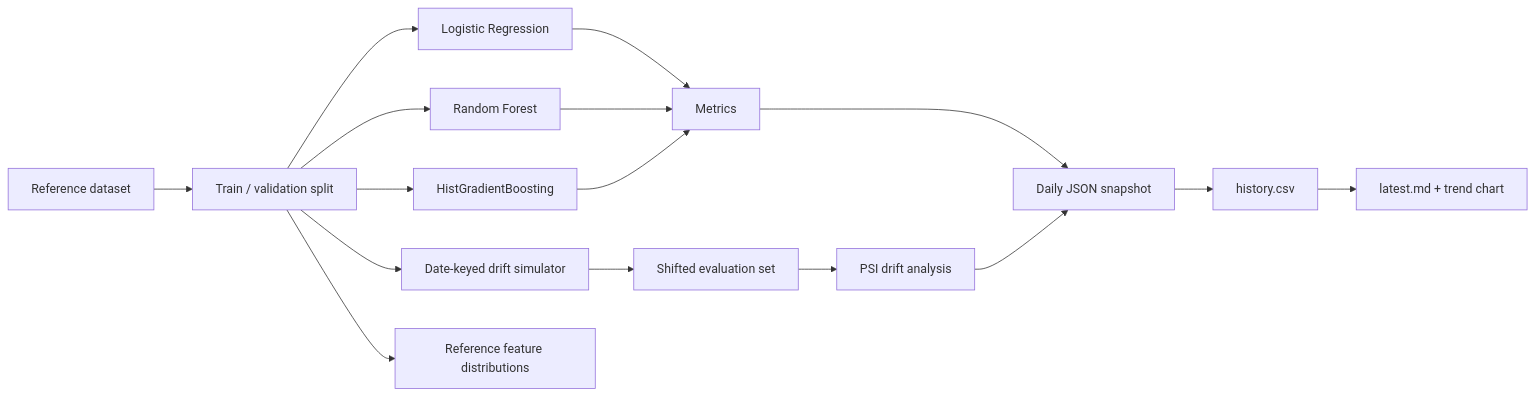
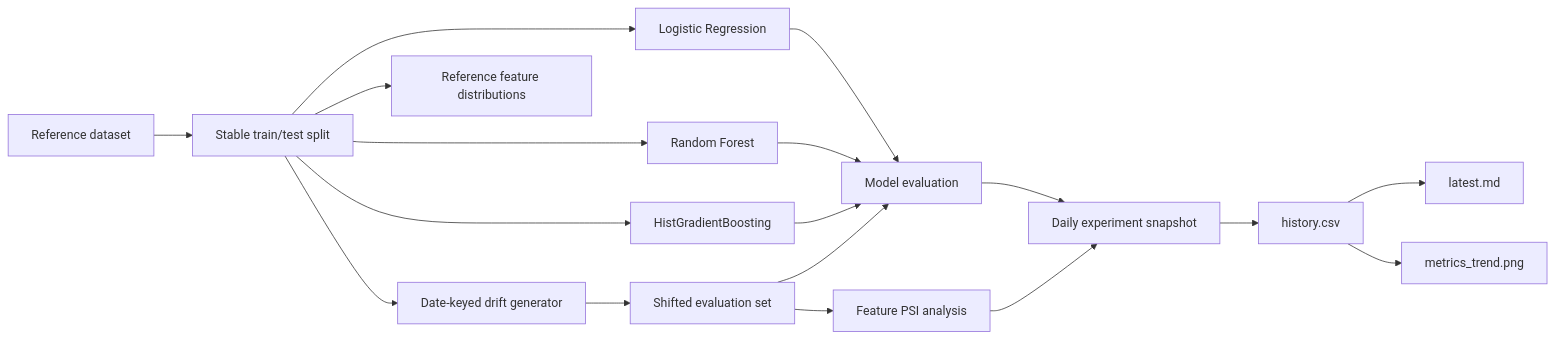
The diagram in README.md (Shobhit9985/driftwatch-ml), drawn with Mermaid before and after one commit. The commit also changed other lines of this file, not shown here.

````diff
--- a/README.md
+++ b/README.md
@@ -23,18 +76,25 @@
 ```mermaid
 flowchart LR
-    A[Reference dataset] --> B[Train / validation split]
+    A[Reference dataset] --> B[Stable train/test split]
     B --> C1[Logistic Regression]
     B --> C2[Random Forest]
     B --> C3[HistGradientBoosting]
-    B --> D[Date-keyed drift simulator]
+
+    B --> D[Date-keyed drift generator]
     D --> E[Shifted evaluation set]
-    C1 --> F[Metrics]
+
+    C1 --> F[Model evaluation]
     C2 --> F
     C3 --> F
+    E --> F
+
     B --> G[Reference feature distributions]
-    E --> H[PSI drift analysis]
-    F --> I[Daily JSON snapshot]
+    E --> H[Feature PSI analysis]
+
+    F --> I[Daily experiment snapshot]
     H --> I
+
     I --> J[history.csv]
-    J --> K[latest.md + trend chart]
+    J --> K[latest.md]
+    J --> L[metrics_trend.png]
 ```
````
